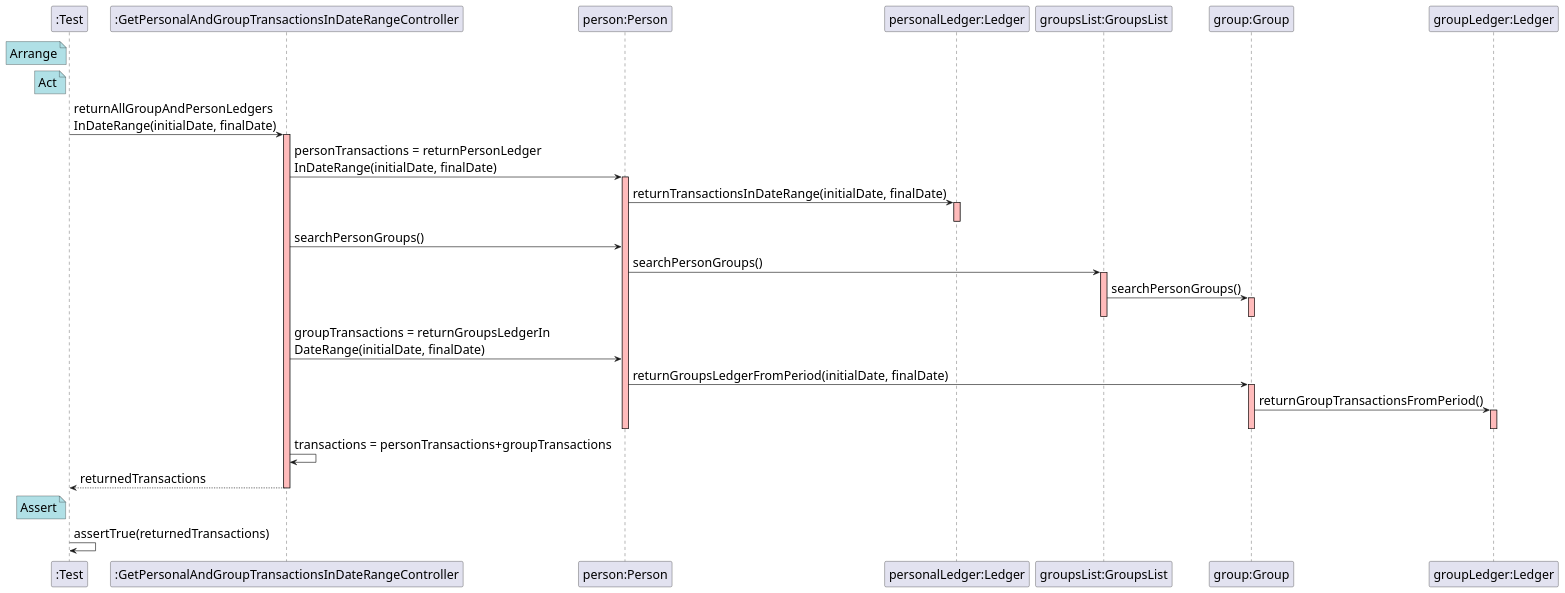
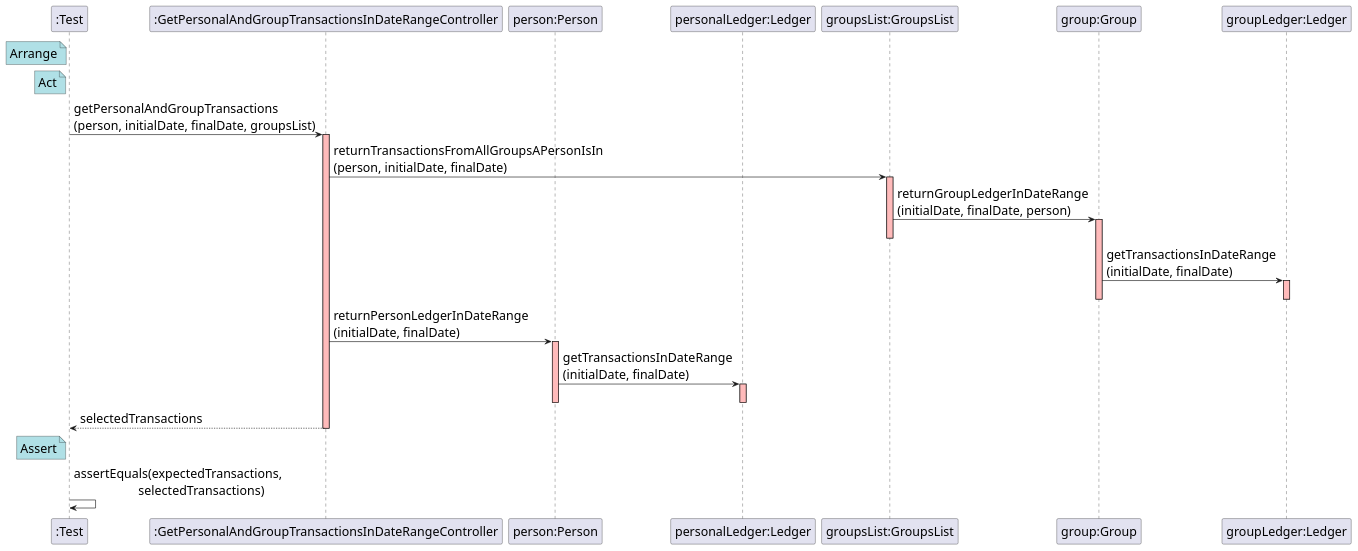
Before and after one commit to mleitaoribeiro/DevOpsMaven: the diagram in docs/SequenceDiagram - US019.puml, drawn with PlantUML.

Commit message:
fix #411 Sequence Diagram for US019 updated with the correct variable names

```diff
--- a/docs/SequenceDiagram - US019.puml
+++ b/docs/SequenceDiagram - US019.puml
@@ -1,65 +1,49 @@
 @startuml
 skinparam DefaultFontSize 20
 participant ":Test"
 note left of ":Test" #powderblue
 	Arrange
 end note
 participant ":GetPersonalAndGroupTransactionsInDateRangeController"
 participant "person:Person"
 participant "personalLedger:Ledger"
 participant "groupsList:GroupsList"
 participant "group:Group"
 participant "groupLedger:Ledger"
 
 note left of ":Test" #powderblue
 	Act
 end note
 
-":Test" -> ":GetPersonalAndGroupTransactionsInDateRangeController" : returnAllGroupAndPersonLedgers\nInDateRange(initialDate, finalDate)
+":Test" -> ":GetPersonalAndGroupTransactionsInDateRangeController" : getPersonalAndGroupTransactions\n(person, initialDate, finalDate, groupsList)
 activate ":GetPersonalAndGroupTransactionsInDateRangeController" #FFBBBB
 
-":GetPersonalAndGroupTransactionsInDateRangeController" -> "person:Person" : personTransactions = returnPersonLedger\nInDateRange(initialDate, finalDate)
+":GetPersonalAndGroupTransactionsInDateRangeController" -> "groupsList:GroupsList" : returnTransactionsFromAllGroupsAPersonIsIn\n(person, initialDate, finalDate)
+activate "groupsList:GroupsList" #FFBBBB
+
+"groupsList:GroupsList" -> "group:Group" : returnGroupLedgerInDateRange\n(initialDate, finalDate, person)
+activate "group:Group" #FFBBBB
+deactivate "groupsList:GroupsList"
+"group:Group" -> "groupLedger:Ledger" : getTransactionsInDateRange\n(initialDate, finalDate)
+activate "groupLedger:Ledger" #FFBBBB
+deactivate "groupLedger:Ledger" #FFBBBB
+deactivate "group:Group"
+
+":GetPersonalAndGroupTransactionsInDateRangeController" -> "person:Person" : returnPersonLedgerInDateRange\n(initialDate, finalDate)
 activate "person:Person" #FFBBBB
 
-"person:Person" -> "personalLedger:Ledger" : returnTransactionsInDateRange(initialDate, finalDate)
+"person:Person" -> "personalLedger:Ledger" : getTransactionsInDateRange\n(initialDate, finalDate)
 activate "personalLedger:Ledger" #FFBBBB
+deactivate "personalLedger:Ledger" #FFBBBB
+deactivate "person:Person"
 
-deactivate "personalLedger:Ledger" #FFBBBB
-
-
-
-":GetPersonalAndGroupTransactionsInDateRangeController" -> "person:Person" : searchPersonGroups()
-
-"person:Person" -> "groupsList:GroupsList" : searchPersonGroups()
-activate "groupsList:GroupsList" #FFBBBB
-
-
-
-"groupsList:GroupsList" -> "group:Group" : searchPersonGroups()
-activate "group:Group" #FFBBBB
-deactivate "groupsList:GroupsList" #FFBBBB
-deactivate "group:Group" #FFBBBB
-
-":GetPersonalAndGroupTransactionsInDateRangeController" -> "person:Person" : groupTransactions = returnGroupsLedgerIn\nDateRange(initialDate, finalDate)
-
-"person:Person" -> "group:Group" : returnGroupsLedgerFromPeriod(initialDate, finalDate)
-activate "group:Group" #FFBBBB
-
-"group:Group" -> "groupLedger:Ledger" : returnGroupTransactionsFromPeriod()
-activate "groupLedger:Ledger" #FFBBBB
-deactivate "groupLedger:Ledger" #FFBBBB
-deactivate "group:Group" #FFBBBB
-deactivate "person:Person" #FFBBBB
-
-":GetPersonalAndGroupTransactionsInDateRangeController" -> ":GetPersonalAndGroupTransactionsInDateRangeController" : transactions = personTransactions+groupTransactions
-
-":GetPersonalAndGroupTransactionsInDateRangeController" --> ":Test" : returnedTransactions
+":GetPersonalAndGroupTransactionsInDateRangeController" --> ":Test" : selectedTransactions
 deactivate ":GetPersonalAndGroupTransactionsInDateRangeController" #FFBBBB
 
 note left of ":Test" #powderblue
 	Assert
 end note
 
-":Test" -> ":Test" : assertTrue(returnedTransactions)
+":Test" -> ":Test" : assertEquals(expectedTransactions, \n                    selectedTransactions)
 
 @enduml
```
